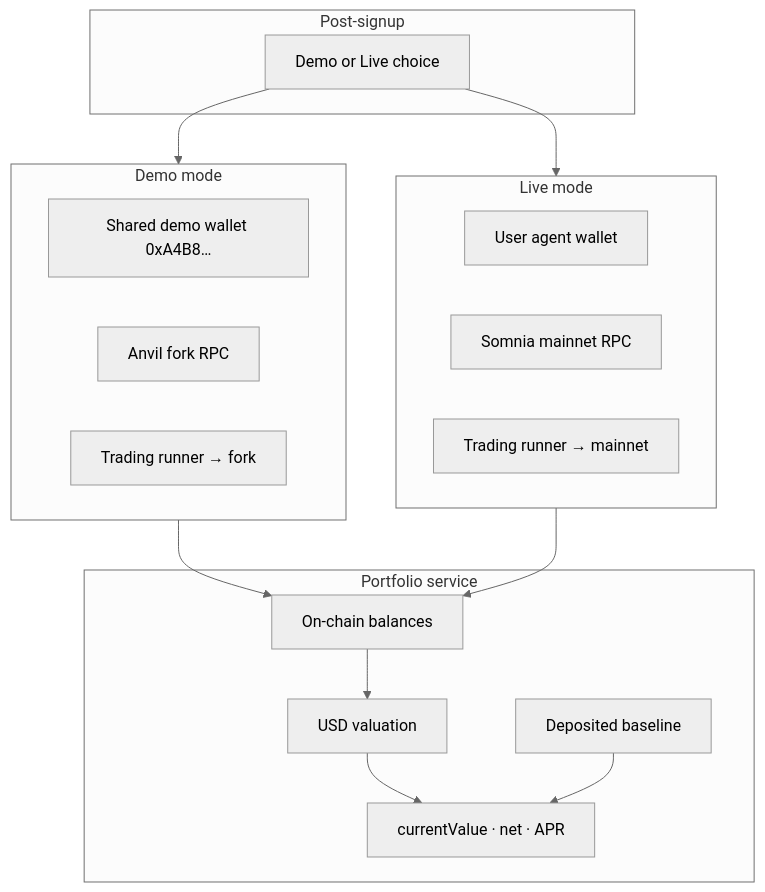
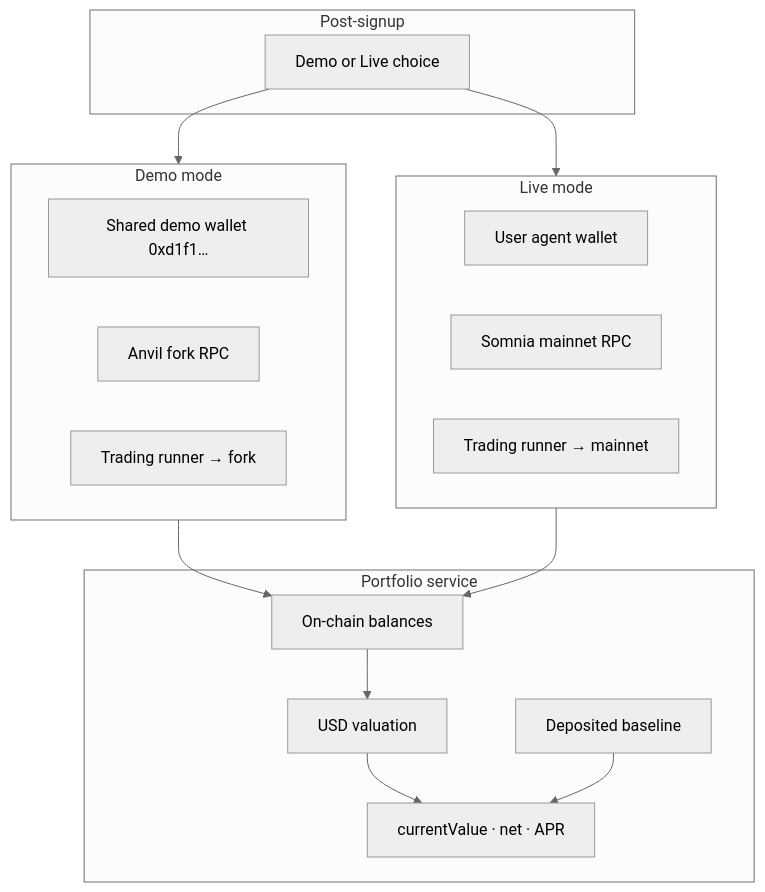
The diagram in ARCANE_DEMO_LIVE_TODO.md (Belloabraham121/arcane), drawn with Mermaid (neutral theme) before and after one commit. The commit also changed other lines of this file and 7 other files, not shown here.

First line of the commit message:
Update demo wallet configuration and enhance dashboard display

````diff
--- a/ARCANE_DEMO_LIVE_TODO.md
+++ b/ARCANE_DEMO_LIVE_TODO.md
@@ -29,32 +28,32 @@
 ```mermaid
 flowchart TB
   subgraph signup [Post-signup]
     Choose[Demo or Live choice]
   end
 
   subgraph demo [Demo mode]
-    DemoAddr[Shared demo wallet 0xA4B8…]
+    DemoAddr[Shared demo wallet 0xd1f1…]
     Anvil[Anvil fork RPC]
     DemoCycle[Trading runner → fork]
   end
 
   subgraph live [Live mode]
     LiveAddr[User agent wallet]
     Mainnet[Somnia mainnet RPC]
     LiveCycle[Trading runner → mainnet]
   end
 
   subgraph portfolio [Portfolio service]
     Balances[On-chain balances]
     Prices[USD valuation]
     Baseline[Deposited baseline]
     Metrics[currentValue · net · APR]
   end
 
   Choose --> demo
   Choose --> live
   demo --> Balances
   live --> Balances
   Balances --> Prices --> Metrics
   Baseline --> Metrics
 ```
````
